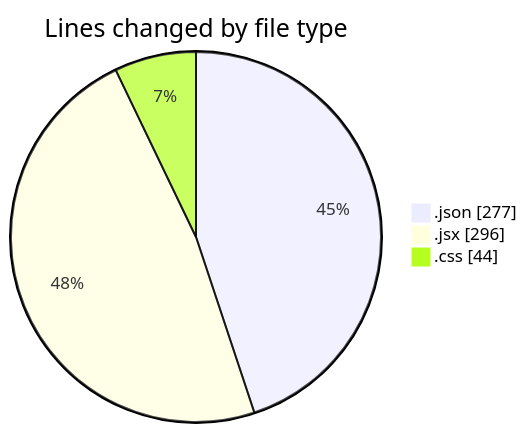
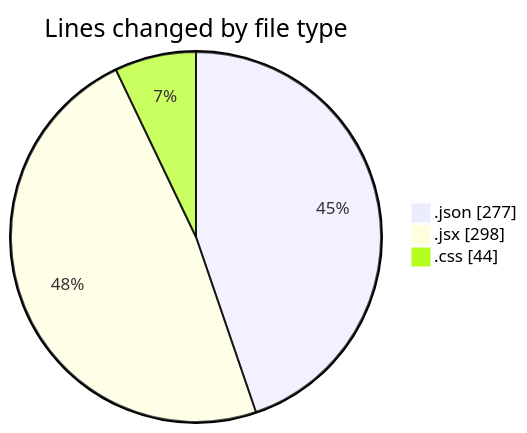
The first of 2 diagrams in 2025-02-11/react_ecom/README.md (Elitesun/code-tracking), drawn with Mermaid before and after one commit. The commit also changed other lines of this file and 1 other file, not shown here.

````diff
--- a/2025-02-11/react_ecom/README.md
+++ b/2025-02-11/react_ecom/README.md
@@ -28,7 +28,7 @@
 ```mermaid
 pie showData
 title Lines changed by file type
 ".json" : 277
-".jsx" : 296
+".jsx" : 298
 ".css" : 44
 ```
````
